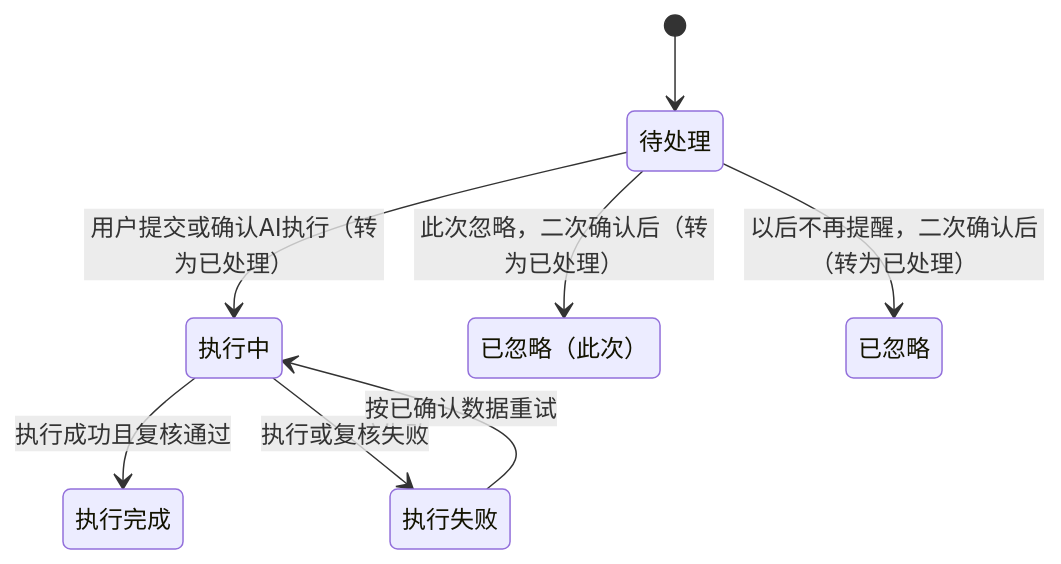
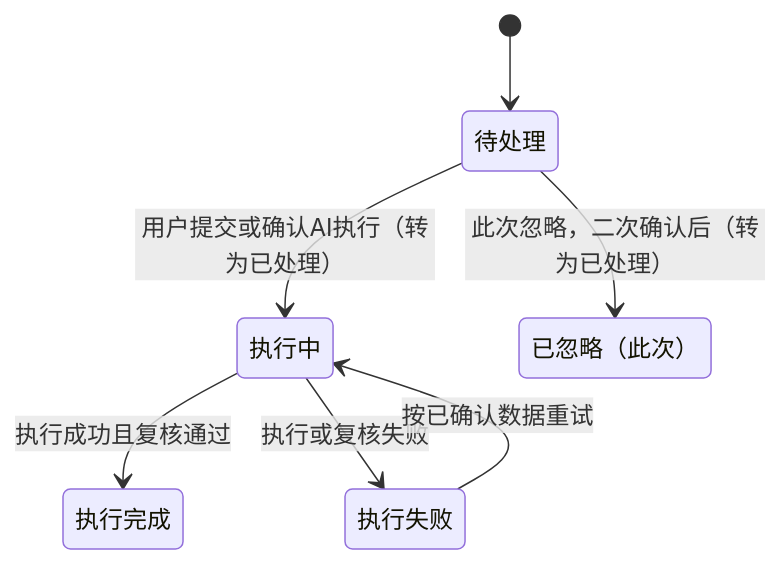
The second of 2 diagrams in 酒店新媒体营销平台_诊断需求PRD_v0.1.md (hewei-wei/hotel-diag-proto), drawn with Mermaid before and after one commit. The commit also changed other lines of this file and 1 other file, not shown here.

Commit message:
移除「以后不再提醒」功能：任务列表/详情删除该按钮，忽略仅保留「此次忽略」；删除任务权限随忽略自动关闭与恢复机制（用户管理任务权限操作、u.tasks 状态、资源树 ignoreForever 按钮）；重置密码统一重置为初始密码 A1234567（PRD 全文 35+ 处同步清理）

````diff
--- a/酒店新媒体营销平台_诊断需求PRD_v0.1.md
+++ b/酒店新媒体营销平台_诊断需求PRD_v0.1.md
@@ -310,10 +307,9 @@
 ```mermaid
 stateDiagram-v2
     [*] --> 待处理
     待处理 --> 执行中: 用户提交或确认AI执行（转为已处理）
     待处理 --> 已忽略（此次）: 此次忽略，二次确认后（转为已处理）
-    待处理 --> 已忽略: 以后不再提醒，二次确认后（转为已处理）
     执行中 --> 执行完成: 执行成功且复核通过
     执行中 --> 执行失败: 执行或复核失败
     执行失败 --> 执行中: 按已确认数据重试
 ```
````
